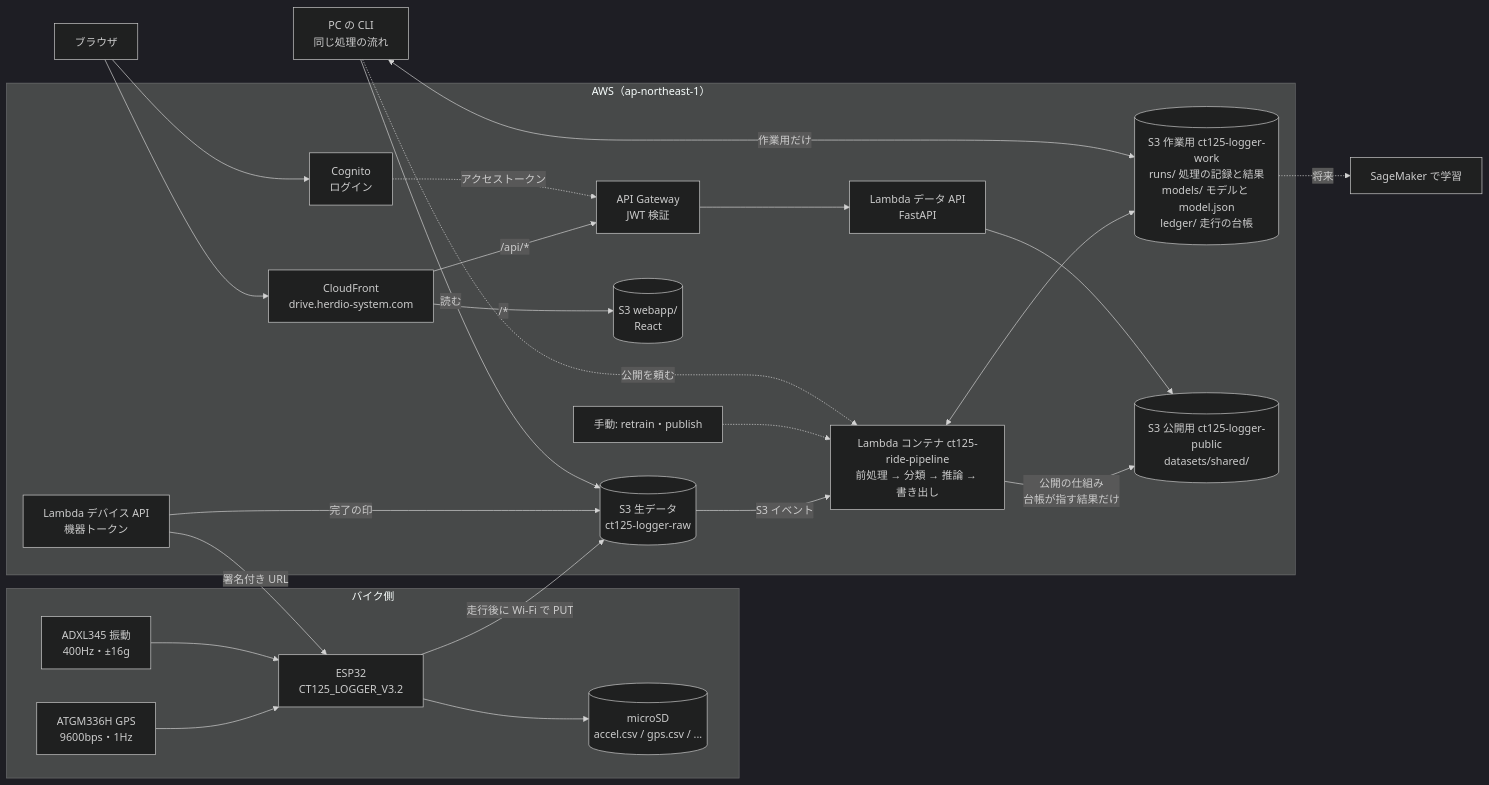
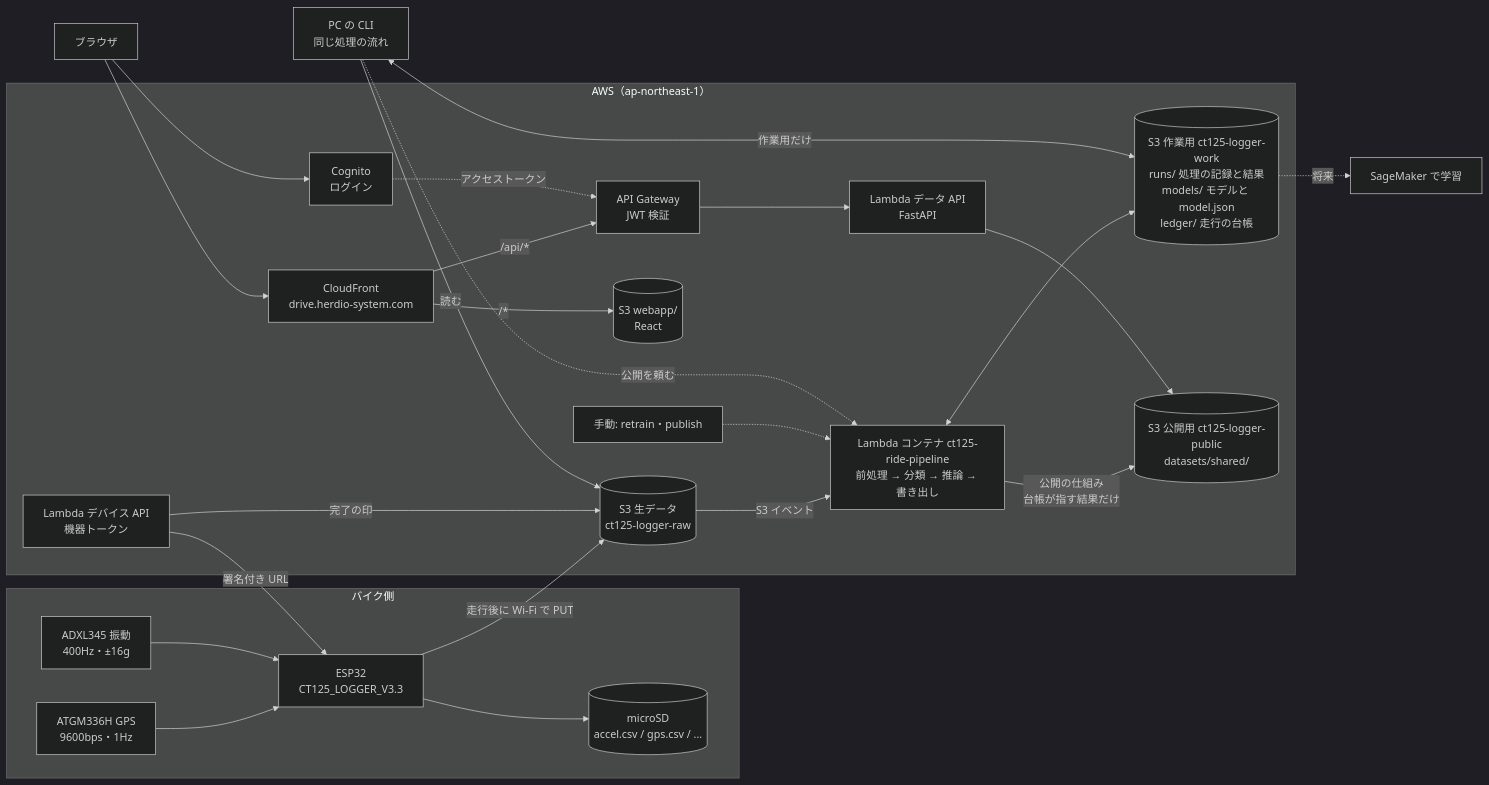
Before and after one commit to abeouga/drive-logger: the diagram in docs/architecture.md, drawn with Mermaid (dark theme). The commit also changed other lines of this file and 39 other files, not shown here.

````diff
--- a/docs/architecture.md
+++ b/docs/architecture.md
@@ -9,29 +9,29 @@
 ```mermaid
 flowchart LR
     subgraph bike[バイク側]
-        GPS[ATGM336H GPS<br/>9600bps・1Hz] --> ESP[ESP32<br/>CT125_LOGGER_V3.2]
+        GPS[ATGM336H GPS<br/>9600bps・1Hz] --> ESP[ESP32<br/>CT125_LOGGER_V3.3]
         ACC[ADXL345 振動<br/>400Hz・±16g] --> ESP
         ESP --> SD[(microSD<br/>accel.csv / gps.csv / ...)]
     end
 
     subgraph cloud[AWS（ap-northeast-1）]
         DEVAPI[Lambda デバイス API<br/>機器トークン] -->|署名付き URL| ESP
         ESP -->|走行後に Wi-Fi で PUT| RAW[(S3 生データ<br/>ct125-logger-raw)]
         DEVAPI -->|完了の印| RAW
         RAW -->|S3 イベント| PIPE[Lambda コンテナ ct125-ride-pipeline<br/>前処理 → 分類 → 推論 → 書き出し]
         PIPE <--> WORK[(S3 作業用 ct125-logger-work<br/>runs/ 処理の記録と結果<br/>models/ モデルと model.json<br/>ledger/ 走行の台帳)]
         PIPE -->|公開の仕組み<br/>台帳が指す結果だけ| PUBLIC[(S3 公開用 ct125-logger-public<br/>datasets/shared/)]
         RETRAIN[手動: retrain・publish] -.-> PIPE
 
         CF[CloudFront<br/>drive.herdio-system.com] -->|/*| WEBAPP[(S3 webapp/<br/>React)]
         CF -->|/api/*| APIGW[API Gateway<br/>JWT 検証] --> DATAAPI[Lambda データ API<br/>FastAPI] --> PUBLIC
         COGNITO[Cognito<br/>ログイン] -.->|アクセストークン| APIGW
     end
 
     LOCAL[PC の CLI<br/>同じ処理の流れ] -->|読む| RAW
     LOCAL <-->|作業用だけ| WORK
     LOCAL -.->|公開を頼む| PIPE
     USER[ブラウザ] --> CF
     USER --> COGNITO
     WORK -.->|将来| SM[SageMaker で学習]
 ```
````
